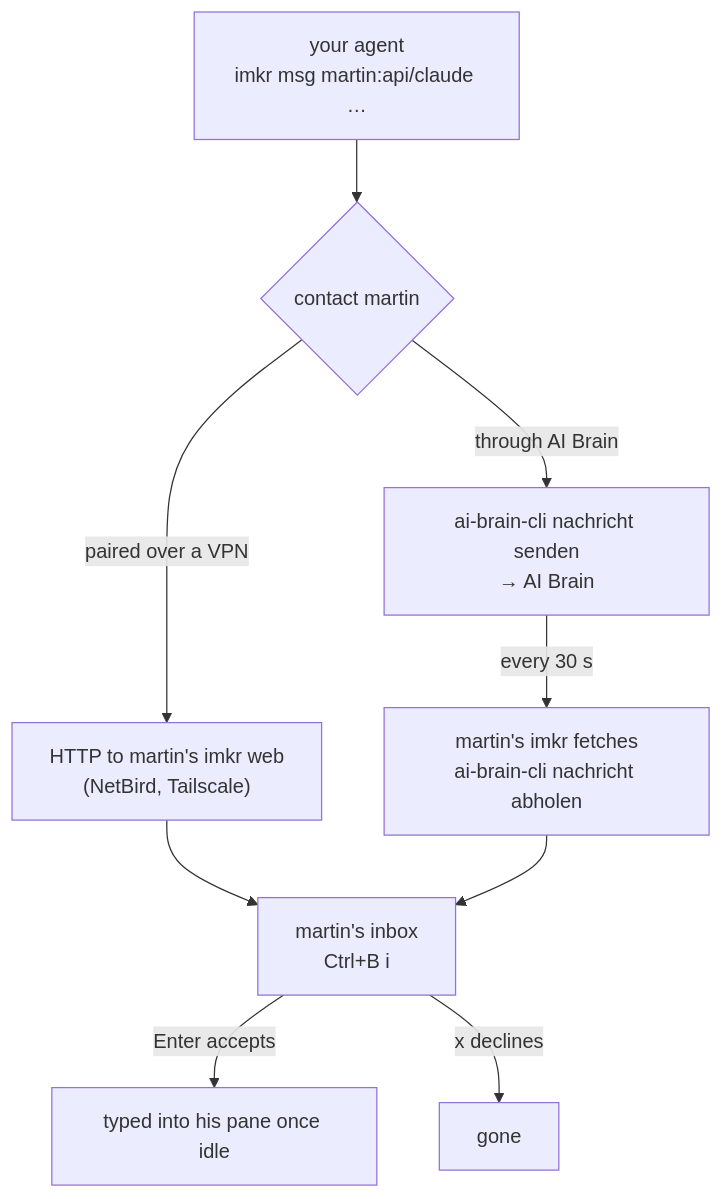
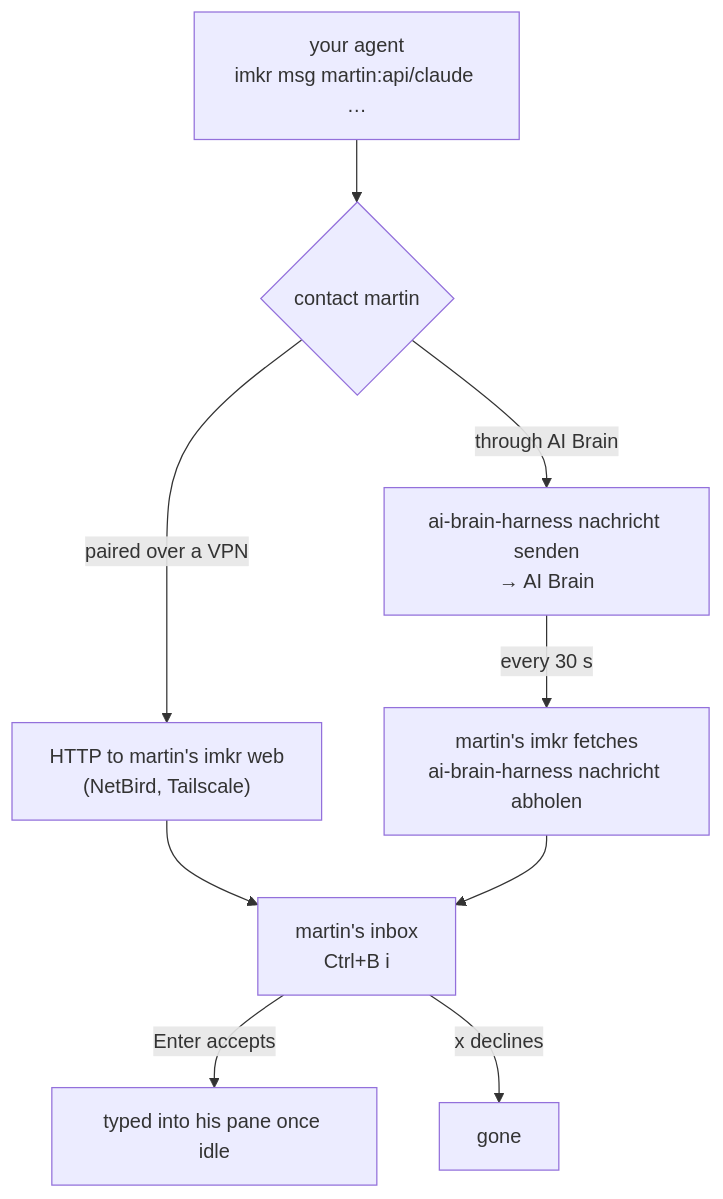
Before and after one commit to bastianhenneberg/imkr: the third of 4 diagrams in docs/src/ai-brain.md, drawn with Mermaid. The commit also changed other lines of this file and 12 other files, not shown here.

First line of the commit message:
v0.21.35: AI Brain heißt jetzt ai-brain-harness

````diff
--- a/docs/src/ai-brain.md
+++ b/docs/src/ai-brain.md
@@ -105,11 +105,11 @@
 ```mermaid
 flowchart TB
     A["your agent<br/>imkr msg martin:api/claude …"] --> Q{contact martin}
     Q -->|paired over a VPN| N["HTTP to martin's imkr web<br/>(NetBird, Tailscale)"]
-    Q -->|through AI Brain| B["ai-brain-cli nachricht senden<br/>→ AI Brain"]
-    B -->|every 30 s| F["martin's imkr fetches<br/>ai-brain-cli nachricht abholen"]
+    Q -->|through AI Brain| B["ai-brain-harness nachricht senden<br/>→ AI Brain"]
+    B -->|every 30 s| F["martin's imkr fetches<br/>ai-brain-harness nachricht abholen"]
     N --> I
     F --> I["martin's inbox<br/>Ctrl+B i"]
     I -->|Enter accepts| P[typed into his pane once idle]
     I -->|x declines| X[gone]
 ```
````
